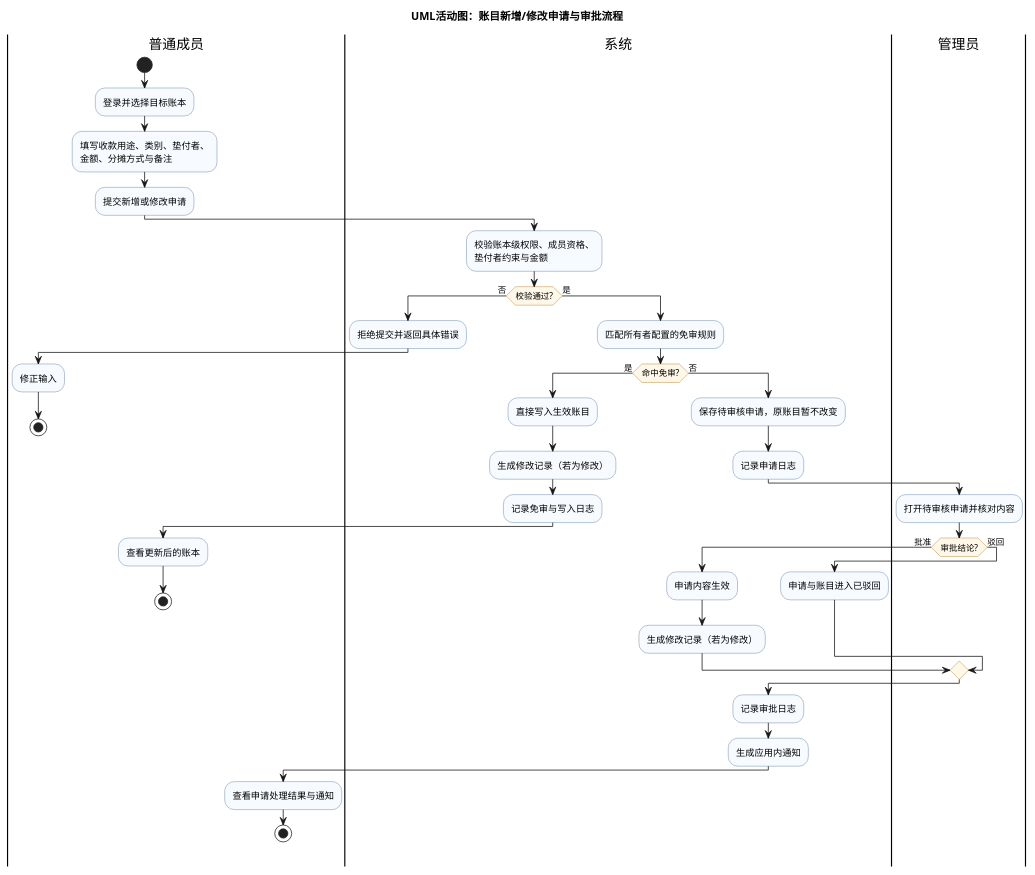
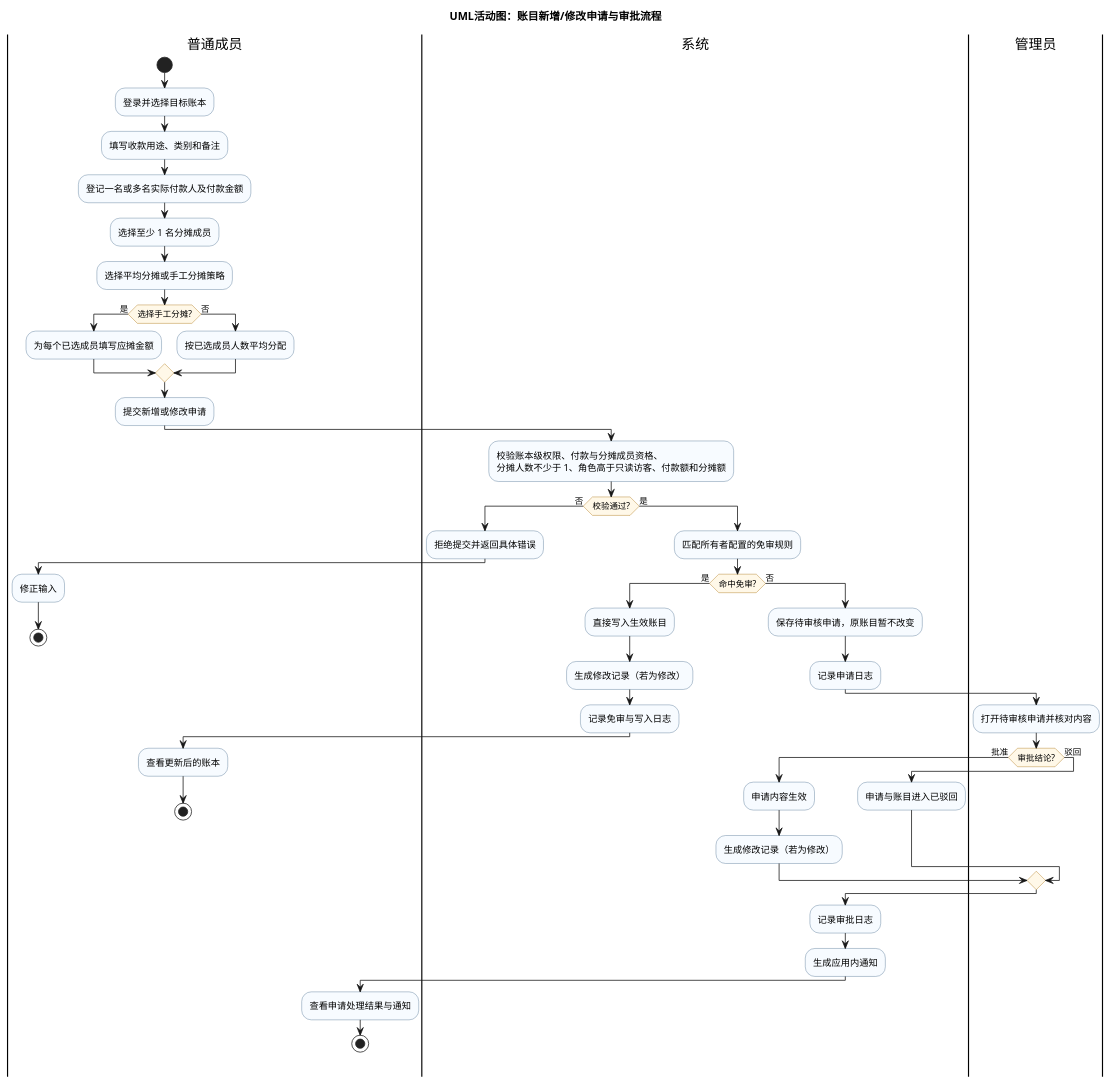
One commit to Hgx8724/multi-user-shared-accounting-system changed the diagram in lab2/UML/UML活动图.puml. Above: the diagram before and after it, drawn with PlantUML. The commit also changed 13 other files, not shown here.

Commit message:
lab2: 人工修改及UML图

```diff
--- a/lab2/UML/UML活动图.puml
+++ b/lab2/UML/UML活动图.puml
@@ -1,65 +1,72 @@
 @startuml
 ' 行为性图：普通成员提交账目并由管理员审批
 skinparam backgroundColor #FFFFFF
 skinparam defaultFontName "Microsoft YaHei"
 skinparam shadowing false
 skinparam ActivityBackgroundColor #F7FBFF
 skinparam ActivityBorderColor #456B8C
 skinparam ActivityDiamondBackgroundColor #FFF8E8
 skinparam ActivityDiamondBorderColor #A66A00
 skinparam nodesep 35
 skinparam ranksep 35
 
 title UML活动图：账目新增/修改申请与审批流程
 
 |普通成员|
 start
 :登录并选择目标账本;
-:填写收款用途、类别、垫付者、
-金额、分摊方式与备注;
+:填写收款用途、类别和备注;
+:登记一名或多名实际付款人及付款金额;
+:选择至少 1 名分摊成员;
+:选择平均分摊或手工分摊策略;
+if (选择手工分摊?) then (是)
+  :为每个已选成员填写应摊金额;
+else (否)
+  :按已选成员人数平均分配;
+endif
 :提交新增或修改申请;
 
 |系统|
-:校验账本级权限、成员资格、
-垫付者约束与金额;
+:校验账本级权限、付款与分摊成员资格、
+分摊人数不少于 1、角色高于只读访客、付款额和分摊额;
 if (校验通过?) then (否)
   |系统|
   :拒绝提交并返回具体错误;
   |普通成员|
   :修正输入;
   stop
 else (是)
   |系统|
   :匹配所有者配置的免审规则;
   if (命中免审?) then (是)
     |系统|
     :直接写入生效账目;
     :生成修改记录（若为修改）;
     :记录免审与写入日志;
     |普通成员|
     :查看更新后的账本;
     stop
   else (否)
     |系统|
     :保存待审核申请，原账目暂不改变;
     :记录申请日志;
     |管理员|
     :打开待审核申请并核对内容;
     if (审批结论?) then (批准)
       |系统|
       :申请内容生效;
       :生成修改记录（若为修改）;
     else (驳回)
       |系统|
       :申请与账目进入已驳回;
     endif
     |系统|
     :记录审批日志;
     :生成应用内通知;
     |普通成员|
     :查看申请处理结果与通知;
     stop
   endif
 endif
 
 @enduml
```
